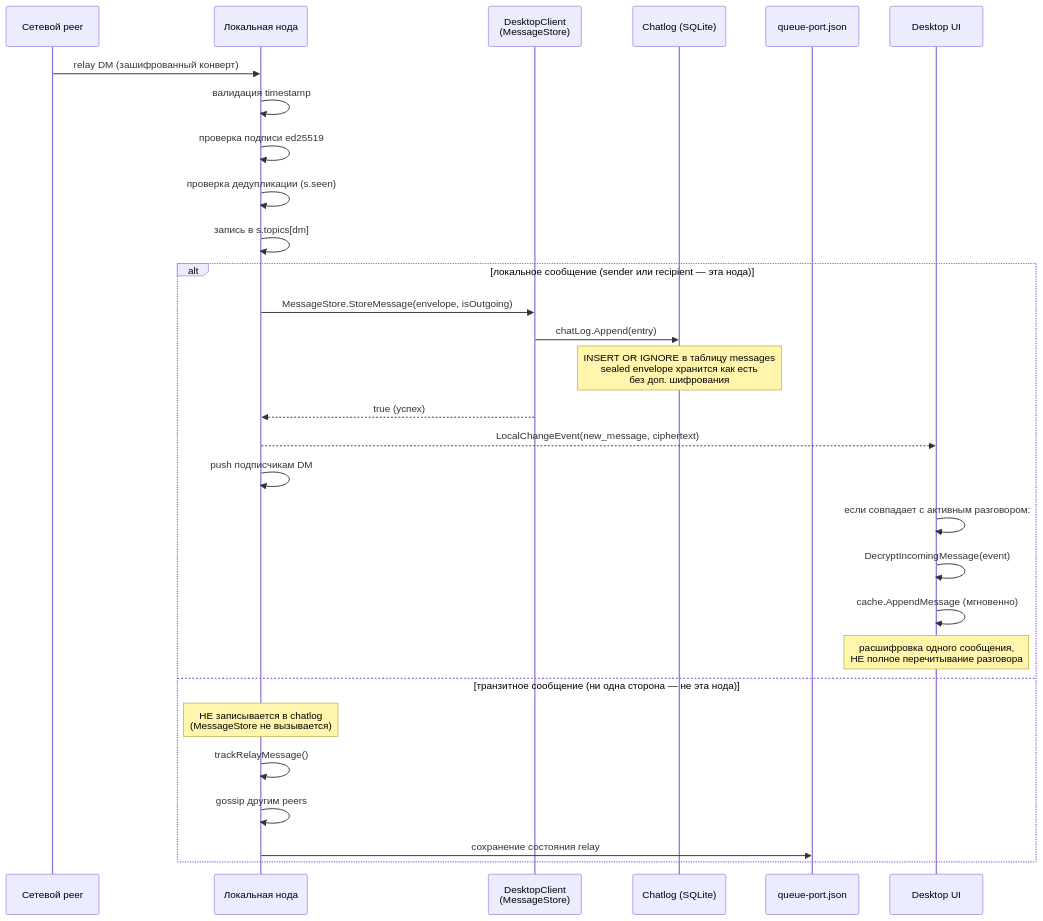
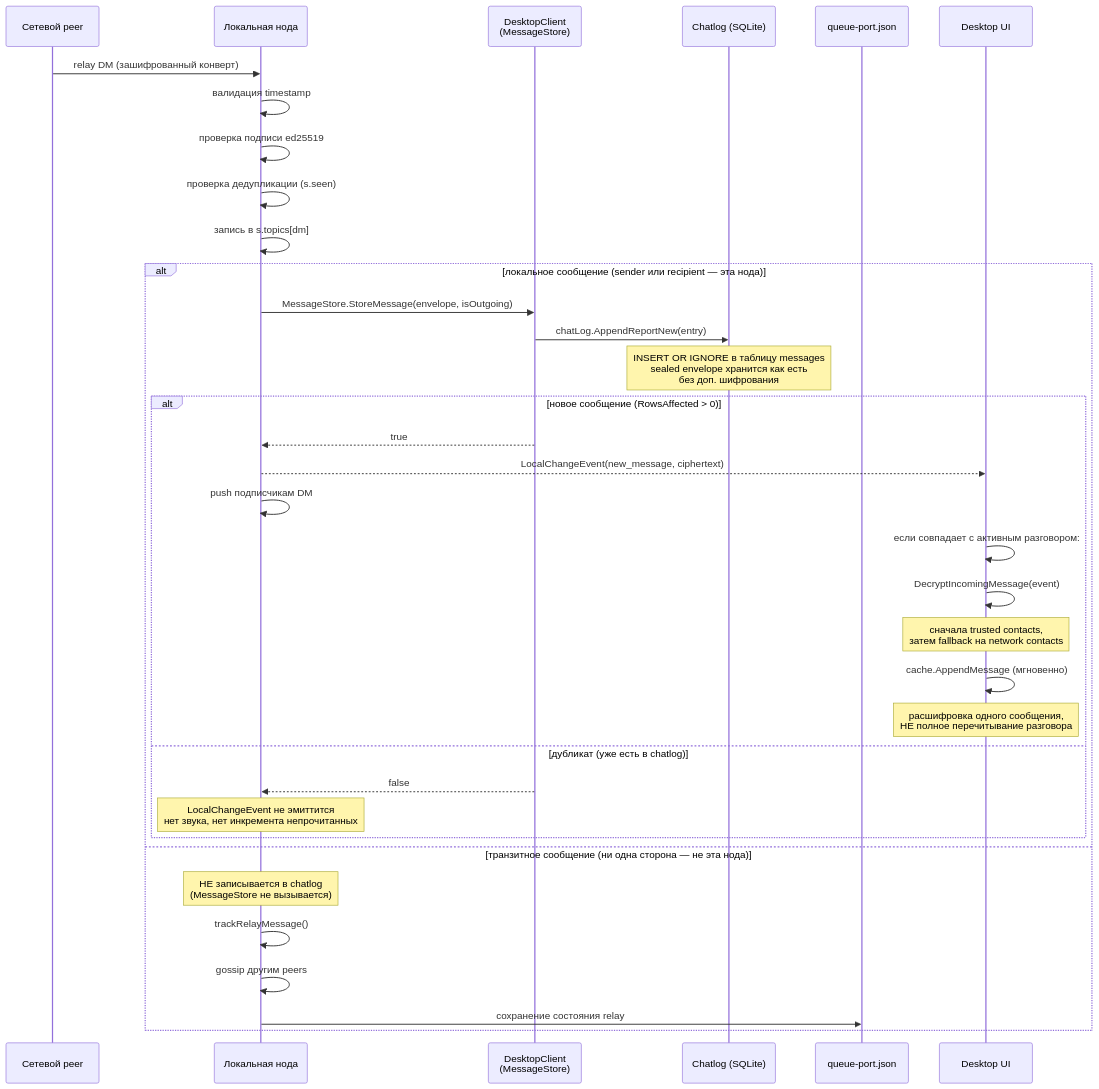
Diagram 11 of 16 in docs/chatlog.md (piratecash/corsa), drawn with Mermaid before and after one commit. The commit also changed other lines of this file and 7 other files, not shown here.

Commit message:
fix(dedup): durable StoreResult enum — close both event and header paths, typed chatlog API

````diff
--- a/docs/chatlog.md
+++ b/docs/chatlog.md
@@ -799,32 +837,38 @@
 ```mermaid
 sequenceDiagram
     participant NET as Сетевой peer
     participant NODE as Локальная нода
     participant SVC as DesktopClient<br/>(MessageStore)
     participant LOG as Chatlog (SQLite)
     participant QUEUE as queue-port.json
     participant UI as Desktop UI
 
     NET->>NODE: relay DM (зашифрованный конверт)
     NODE->>NODE: валидация timestamp
     NODE->>NODE: проверка подписи ed25519
     NODE->>NODE: проверка дедупликации (s.seen)
     NODE->>NODE: запись в s.topics[dm]
     alt локальное сообщение (sender или recipient — эта нода)
         NODE->>SVC: MessageStore.StoreMessage(envelope, isOutgoing)
-        SVC->>LOG: chatLog.Append(entry)
+        SVC->>LOG: chatLog.AppendReportNew(entry)
         Note over LOG: INSERT OR IGNORE в таблицу messages<br/>sealed envelope хранится как есть<br/>без доп. шифрования
-        SVC-->>NODE: true (успех)
-        NODE-->>UI: LocalChangeEvent(new_message, ciphertext)
-        NODE->>NODE: push подписчикам DM
-        UI->>UI: если совпадает с активным разговором:
-        UI->>UI:   DecryptIncomingMessage(event)
-        UI->>UI:   cache.AppendMessage (мгновенно)
-        Note over UI: расшифровка одного сообщения,<br/>НЕ полное перечитывание разговора
+        alt новое сообщение (RowsAffected > 0)
+            SVC-->>NODE: true
+            NODE-->>UI: LocalChangeEvent(new_message, ciphertext)
+            NODE->>NODE: push подписчикам DM
+            UI->>UI: если совпадает с активным разговором:
+            UI->>UI:   DecryptIncomingMessage(event)
+            Note over UI: сначала trusted contacts,<br/>затем fallback на network contacts
+            UI->>UI:   cache.AppendMessage (мгновенно)
+            Note over UI: расшифровка одного сообщения,<br/>НЕ полное перечитывание разговора
+        else дубликат (уже есть в chatlog)
+            SVC-->>NODE: false
+            Note over NODE: LocalChangeEvent не эмиттится<br/>нет звука, нет инкремента непрочитанных
+        end
     else транзитное сообщение (ни одна сторона — не эта нода)
         Note over NODE: НЕ записывается в chatlog<br/>(MessageStore не вызывается)
         NODE->>NODE: trackRelayMessage()
         NODE->>NODE: gossip другим peers
         NODE->>QUEUE: сохранение состояния relay
     end
 ```
````
